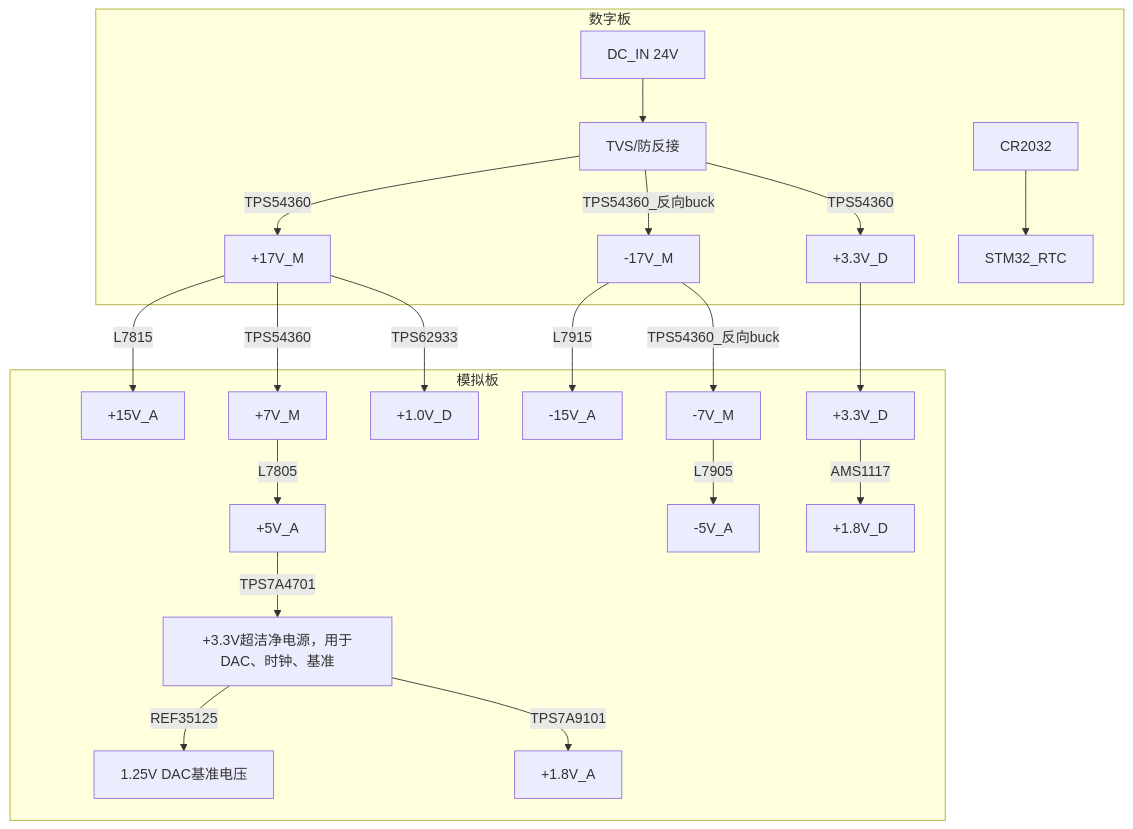
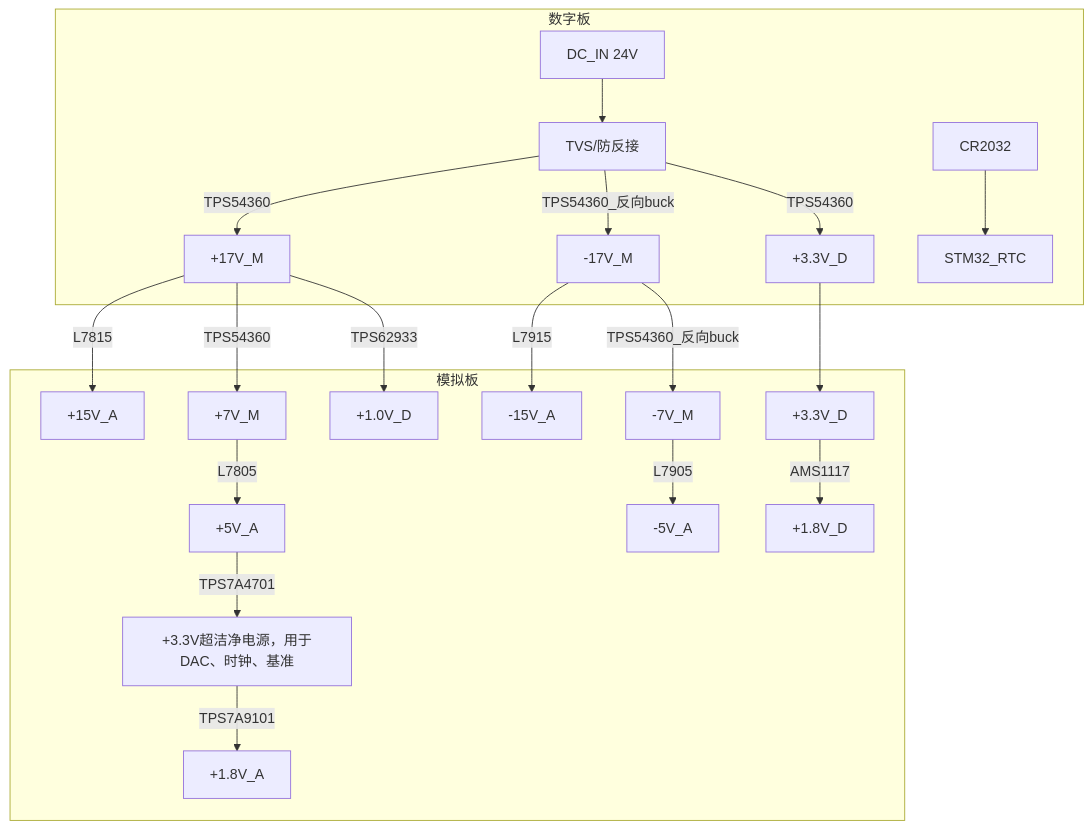
One commit to EERNINUO/ArbWave30 changed the diagram in docs/硬件架构文档.md. Above: the diagram before and after it, drawn with Mermaid. The commit also changed 4 other files, not shown here.

Commit message:
模拟板文档添加 FPGA DAC 原理图截图

````diff
--- a/docs/硬件架构文档.md
+++ b/docs/硬件架构文档.md
@@ -97,29 +97,28 @@
 ```mermaid
 graph TD
   subgraph 数字板
   Vin[DC_IN 24V] --> TVS[TVS/防反接]
 
   TVS -->|TPS54360| +17V_M[+17V_M]
   TVS -->|TPS54360_反向buck| -17V_M[-17V_M]
   TVS -->|TPS54360| +3.3V_D[+3.3V_D]
     +3.3V_D[+3.3V_D]
 
     +3.0V_RTC[CR2032] --> STM32_RTC
   end
 
   subgraph 模拟板
     +17V_M -->|L7815| +15V_A[+15V_A]  
     -17V_M -->|L7915| -15V_A[-15V_A]  
     +17V_M -->|TPS54360| +7V_M[+7V_M]  
     -17V_M -->|TPS54360_反向buck| -7V_M[-7V_M]  
     +7V_M -->|L7805| +5V_A[+5V_A]  
     -7V_M -->|L7905| -5V_A[-5V_A]  
     +5V_A -->|TPS7A4701| +3.3V_A[+3.3V超洁净电源，用于DAC、时钟、基准]
-    +3.3V_A -->|REF35125| 1.25[1.25V DAC基准电压]
     +3.3V_A -->|TPS7A9101| +1.8V_A[+1.8V_A]
 
     +3.3V_D --> +3.3V_D_on_A_board[+3.3V_D]
     +3.3V_D_on_A_board -->|AMS1117| +1.8V_D[+1.8V_D]
     +17V_M -->|TPS62933| +1.0V_D[+1.0V_D]
   end
 ```
````
